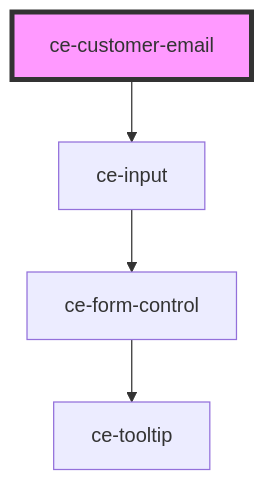
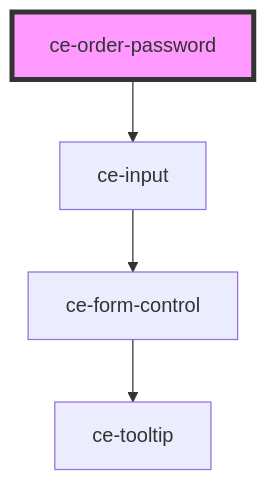
Before and after one commit to surecart/surecart-wp-plugin: the diagram in packages/components/src/components/controllers/order-password/readme.md, drawn with Mermaid. The commit also changed other lines of this file and 29 other files, not shown here.

````diff
--- a/packages/components/src/components/controllers/order-password/readme.md
+++ b/packages/components/src/components/controllers/order-password/readme.md
@@ -48,7 +33,7 @@
 ```mermaid
 graph TD;
-  ce-customer-email --> ce-input
+  ce-order-password --> ce-input
   ce-input --> ce-form-control
   ce-form-control --> ce-tooltip
-  style ce-customer-email fill:#f9f,stroke:#333,stroke-width:4px
+  style ce-order-password fill:#f9f,stroke:#333,stroke-width:4px
 ```
````
